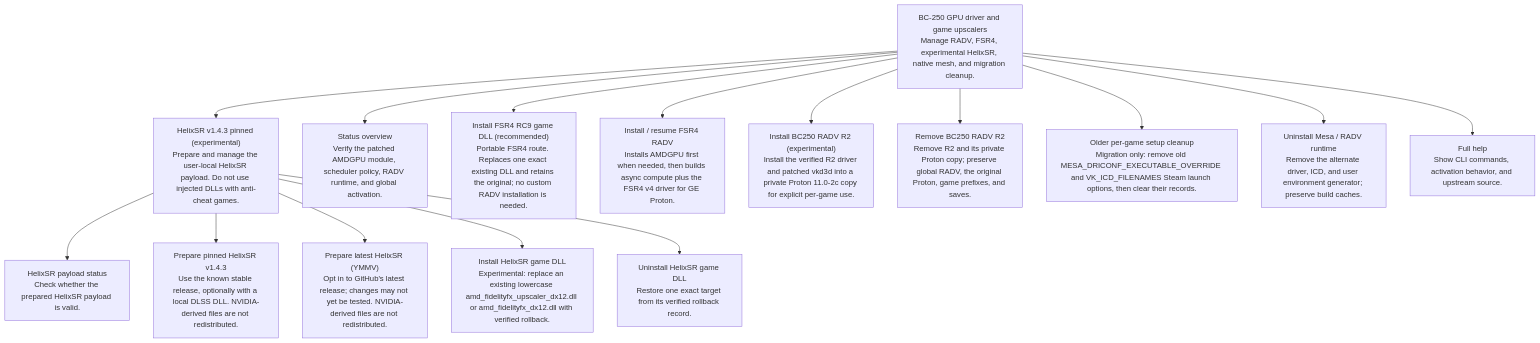
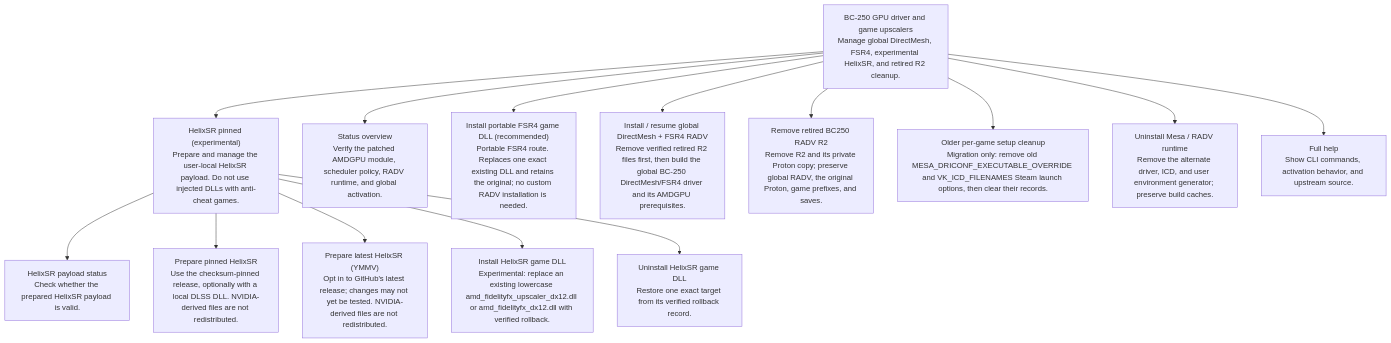
Before and after one commit to keyboardspecialist/bc250-steamos: the diagram in menus/mesh-shader.mmd, drawn with Mermaid. The commit also changed 87 other files, not shown here.

Commit message:
feat: migrate to global DirectMesh and release v0.35.0

```diff
--- a/menus/mesh-shader.mmd
+++ b/menus/mesh-shader.mmd
@@ -1,34 +1,32 @@
 %% menu-flow-v1
 flowchart TD
 
-menu__root["BC-250 GPU driver and game upscalers<br/>Manage RADV, FSR4, experimental HelixSR, native mesh, and migration cleanup."]:::root
-menu__helixsr["HelixSR v1.4.3 pinned (experimental)<br/>Prepare and manage the user-local HelixSR payload. Do not use injected DLLs with anti-cheat games."]:::menu
+menu__root["BC-250 GPU driver and game upscalers<br/>Manage global DirectMesh, FSR4, experimental HelixSR, and retired R2 cleanup."]:::root
+menu__helixsr["HelixSR pinned (experimental)<br/>Prepare and manage the user-local HelixSR payload. Do not use injected DLLs with anti-cheat games."]:::menu
 action__status["Status overview<br/>Verify the patched AMDGPU module, scheduler policy, RADV runtime, and global activation."]:::read_only
-action__fsr4_dll["Install FSR4 RC9 game DLL (recommended)<br/>Portable FSR4 route. Replaces one exact existing DLL and retains the original; no custom RADV installation is needed."]:::install
+action__fsr4_dll["Install portable FSR4 game DLL (recommended)<br/>Portable FSR4 route. Replaces one exact existing DLL and retains the original; no custom RADV installation is needed."]:::install
 action__helixsr_status["HelixSR payload status<br/>Check whether the prepared HelixSR payload is valid."]:::read_only
-action__helixsr_prepare["Prepare pinned HelixSR v1.4.3<br/>Use the known stable release, optionally with a local DLSS DLL. NVIDIA-derived files are not redistributed."]:::experimental
+action__helixsr_prepare["Prepare pinned HelixSR<br/>Use the checksum-pinned release, optionally with a local DLSS DLL. NVIDIA-derived files are not redistributed."]:::experimental
 action__helixsr_prepare_latest["Prepare latest HelixSR (YMMV)<br/>Opt in to GitHub's latest release; changes may not yet be tested. NVIDIA-derived files are not redistributed."]:::experimental
 action__helixsr_install["Install HelixSR game DLL<br/>Experimental: replace an existing lowercase amd_fidelityfx_upscaler_dx12.dll or amd_fidelityfx_dx12.dll with verified rollback."]:::experimental
 action__helixsr_uninstall["Uninstall HelixSR game DLL<br/>Restore one exact target from its verified rollback record."]:::cleanup
-action__setup["Install / resume FSR4 RADV<br/>Installs AMDGPU first when needed, then builds async compute plus the FSR4 v4 driver for GE Proton."]:::install
-action__native_mesh_install["Install BC250 RADV R2 (experimental)<br/>Install the verified R2 driver and patched vkd3d into a private Proton 11.0-2c copy for explicit per-game use."]:::experimental
-action__native_mesh_remove["Remove BC250 RADV R2<br/>Remove R2 and its private Proton copy; preserve global RADV, the original Proton, game prefixes, and saves."]:::cleanup
+action__setup["Install / resume global DirectMesh + FSR4 RADV<br/>Remove verified retired R2 files first, then build the global BC-250 DirectMesh/FSR4 driver and its AMDGPU prerequisites."]:::install
+action__native_mesh_remove["Remove retired BC250 RADV R2<br/>Remove R2 and its private Proton copy; preserve global RADV, the original Proton, game prefixes, and saves."]:::cleanup
 action__legacy_cleanup["Older per-game setup cleanup<br/>Migration only: remove old MESA_DRICONF_EXECUTABLE_OVERRIDE and VK_ICD_FILENAMES Steam launch options, then clear their records."]:::cleanup
 action__uninstall["Uninstall Mesa / RADV runtime<br/>Remove the alternate driver, ICD, and user environment generator; preserve build caches."]:::cleanup
 action__help["Full help<br/>Show CLI commands, activation behavior, and upstream source."]:::read_only
 
 menu__root --> action__status
 menu__root --> action__fsr4_dll
 menu__root --> menu__helixsr
 menu__root --> action__setup
-menu__root --> action__native_mesh_install
 menu__root --> action__native_mesh_remove
 menu__root --> action__legacy_cleanup
 menu__root --> action__uninstall
 menu__root --> action__help
 
 menu__helixsr --> action__helixsr_status
 menu__helixsr --> action__helixsr_prepare
 menu__helixsr --> action__helixsr_prepare_latest
 menu__helixsr --> action__helixsr_install
 menu__helixsr --> action__helixsr_uninstall
```
